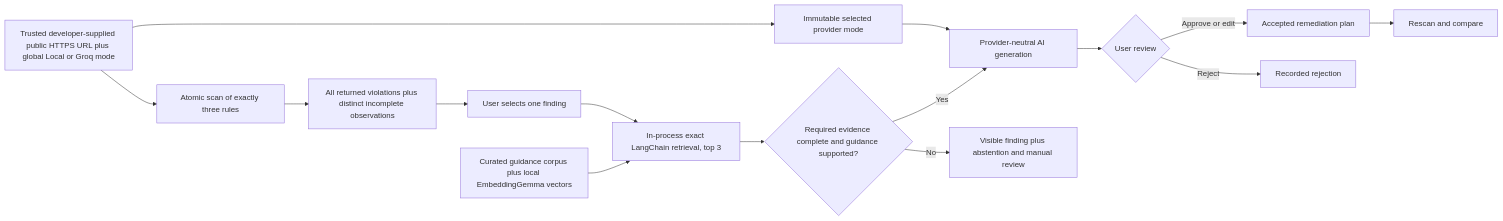
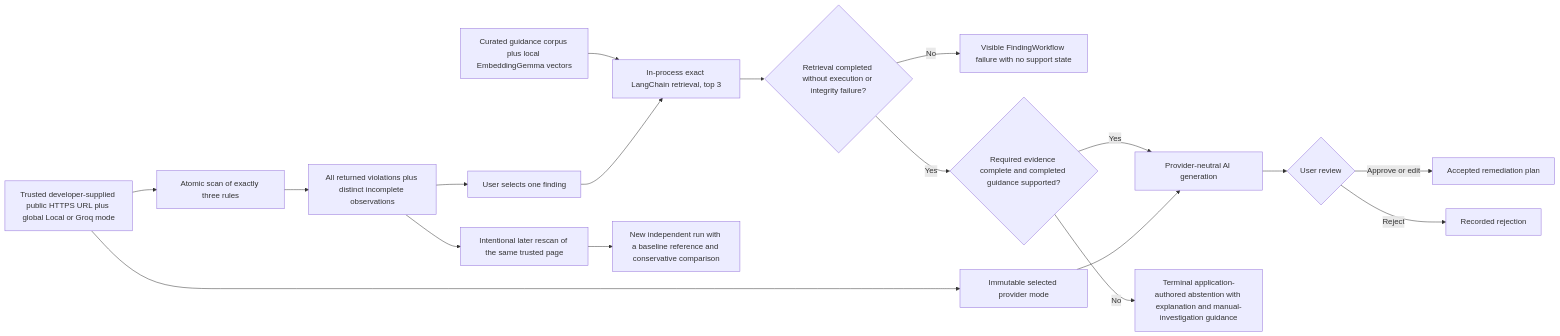
The diagram in docs/PROJECT_CONCEPT.md (mmjosedaniel/a11y-evidence-lab), drawn with Mermaid before and after one commit. The commit also changed other lines of this file and 45 other files, not shown here.

````diff
--- a/docs/PROJECT_CONCEPT.md
+++ b/docs/PROJECT_CONCEPT.md
@@ -19,17 +19,20 @@
 ```mermaid
 flowchart LR
     A[Trusted developer-supplied public HTTPS URL plus global Local or Groq mode] --> B[Atomic scan of exactly three rules]
     B --> C[All returned violations plus distinct incomplete observations]
     C --> O[User selects one finding]
     D[Curated guidance corpus plus local EmbeddingGemma vectors] --> E[In-process exact LangChain retrieval, top 3]
     O --> E
-    E --> M{Required evidence complete and guidance supported?}
+    E --> Q{Retrieval completed without execution or integrity failure?}
+    Q -->|No| X[Visible FindingWorkflow failure with no support state]
+    Q -->|Yes| M{Required evidence complete and completed guidance supported?}
     M -->|Yes| F[Provider-neutral AI generation]
-    M -->|No| N[Visible finding plus abstention and manual review]
+    M -->|No| N[Terminal application-authored abstention with explanation and manual-investigation guidance]
     A --> P[Immutable selected provider mode]
     P --> F
     F --> G{User review}
     G -->|Approve or edit| H[Accepted remediation plan]
     G -->|Reject| I[Recorded rejection]
-    H --> J[Rescan and compare]
+    C --> R[Intentional later rescan of the same trusted page]
+    R --> J[New independent run with a baseline reference and conservative comparison]
 ```
````
